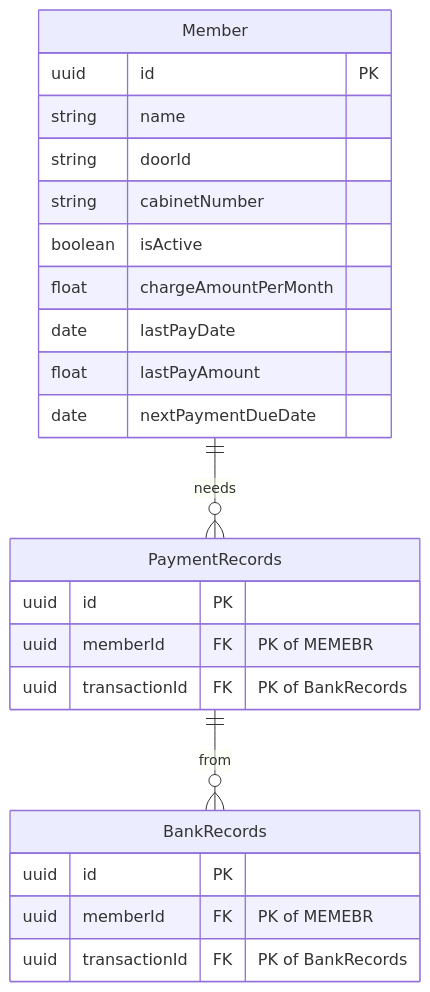
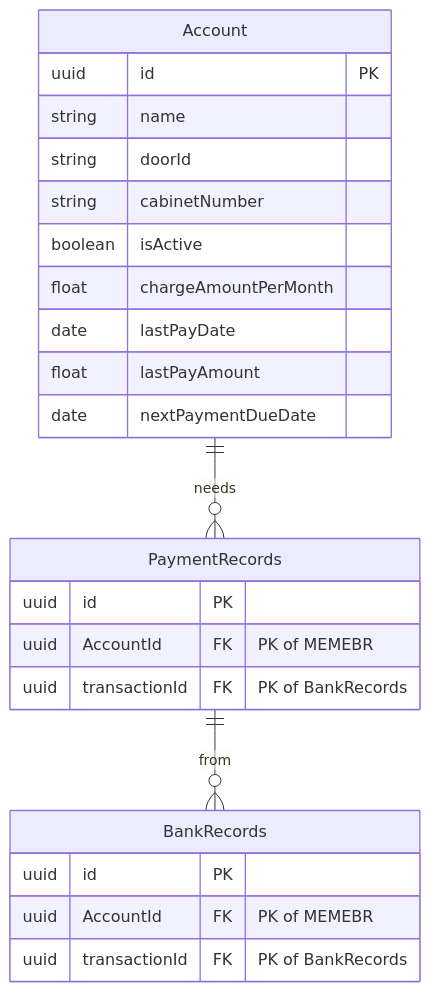
Before and after one commit to BaseTrans/MemberAdmin: the diagram in docs/er_diagram.md, drawn with Mermaid. The commit also changed 2 other files, not shown here.

Commit message:
WIP: create Account API

````diff
--- a/docs/er_diagram.md
+++ b/docs/er_diagram.md
@@ -1,42 +1,42 @@
 ```mermaid
 erDiagram
     %% CAR ||--o{ NAMED-DRIVER : allows
     %% CAR {
     %%     string allowedDriver FK "The license of the allowed driver"
     %%     string registrationNumber
     %%     string make
     %%     string model
     %% }
     %% PERSON ||--o{ NAMED-DRIVER : is
     %% PERSON {
     %%     string driversLicense PK "The license #"
     %%     string firstName
     %%     string lastName
     %%     int age
     %% }
 
-    Member ||--o{ PaymentRecords : needs
-    Member {
+    Account ||--o{ PaymentRecords : needs
+    Account {
         uuid   id PK
         string name
         string doorId
         string cabinetNumber
         boolean isActive
         float chargeAmountPerMonth
         date lastPayDate
         float lastPayAmount
         date nextPaymentDueDate
     }
     PaymentRecords ||--o{ BankRecords : from
     PaymentRecords {
         uuid id PK
-        uuid memberId FK "PK of MEMEBR"
+        uuid AccountId FK "PK of MEMEBR"
         uuid transactionId FK "PK of BankRecords"
     }
     BankRecords
     BankRecords {
         uuid id PK
-        uuid memberId FK "PK of MEMEBR"
+        uuid AccountId FK "PK of MEMEBR"
         uuid transactionId FK "PK of BankRecords"
     }
 ```
````
